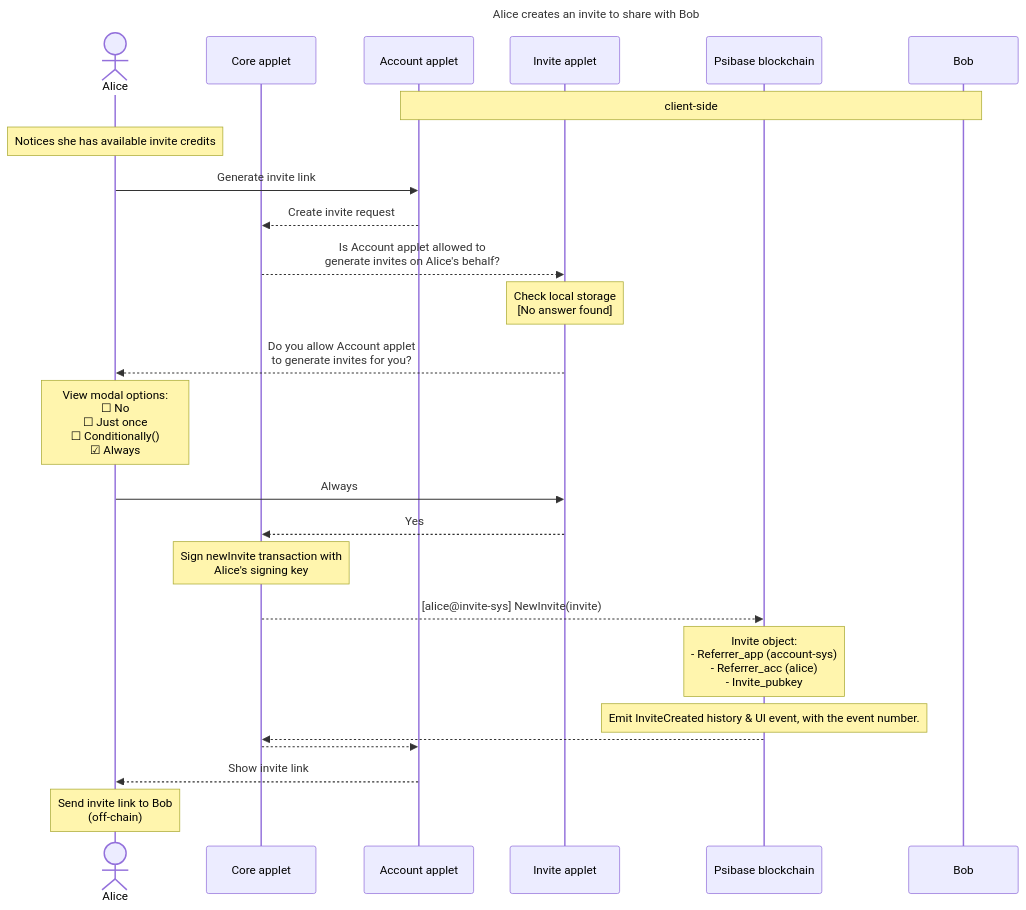
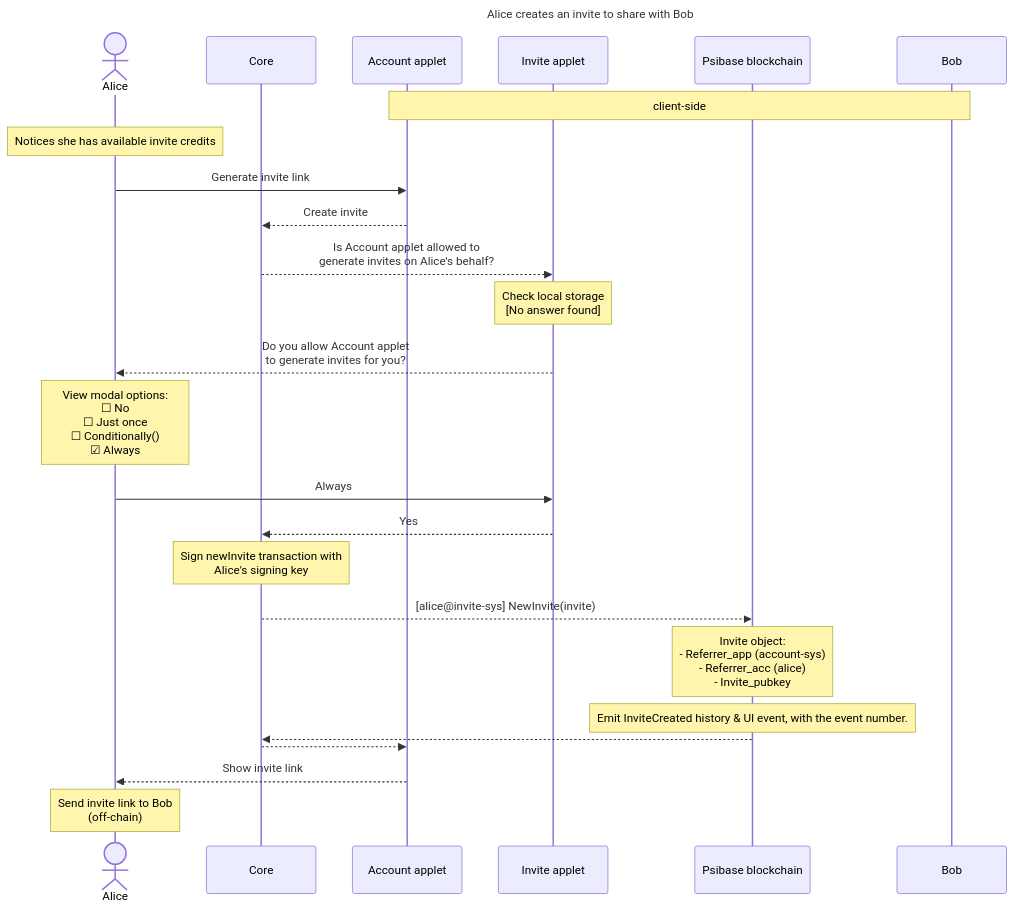
The first of 2 diagrams in doc/diagrams/invite-new-user.md (gofractally/psibase), drawn with Mermaid before and after one commit. The commit also changed other lines of this file, not shown here.

Commit message:
update invite flow to account for application groups and new runAs capabilities

````diff
--- a/doc/diagrams/invite-new-user.md
+++ b/doc/diagrams/invite-new-user.md
@@ -1,31 +1,31 @@
 ```mermaid
 
 sequenceDiagram
 
    title Alice creates an invite to share with Bob
    actor Alice
-   participant Core applet
+   participant Core
    participant Account applet
    participant Invite applet
    participant Psibase blockchain
 
    note over Bob, Account applet: client-side
 
    note over Alice: Notices she has available invite credits
    Alice->>Account applet: Generate invite link
-   Account applet-->>Core applet: Create invite request
-   Core applet-->>Invite applet: Is Account applet allowed to <br>generate invites on Alice's behalf?
+   Account applet-->>Core: Create invite
+   Core-->>Invite applet: Is Account applet allowed to <br>generate invites on Alice's behalf?
    Note over Invite applet: Check local storage<br>[No answer found]
    Invite applet-->>Alice: Do you allow Account applet<br> to generate invites for you?
    Note over Alice: View modal options: <br> #9744; No <br> #9744; Just once <br> #9744; Conditionally() <br> #9745; Always
    Alice->>Invite applet: Always
-   Invite applet-->>Core applet: Yes
-   Note over Core applet: Sign newInvite transaction with <br>Alice's signing key 
-   Core applet-->>Psibase blockchain: [alice@invite-sys] NewInvite(invite)
+   Invite applet-->>Core: Yes
+   Note over Core: Sign newInvite transaction with <br>Alice's signing key 
+   Core-->>Psibase blockchain: [alice@invite-sys] NewInvite(invite)
    Note over Psibase blockchain: Invite object: <br>  - Referrer_app (account-sys)<br>  - Referrer_acc (alice)<br>  - Invite_pubkey
    Note over Psibase blockchain: Emit InviteCreated history & UI event, with the event number.
-   Psibase blockchain-->>Core applet: 
-   Core applet-->>Account applet: 
+   Psibase blockchain-->>Core: 
+   Core-->>Account applet: 
    Account applet-->>Alice: Show invite link
    Note over Alice: Send invite link to Bob<br>(off-chain)
 ```
````
